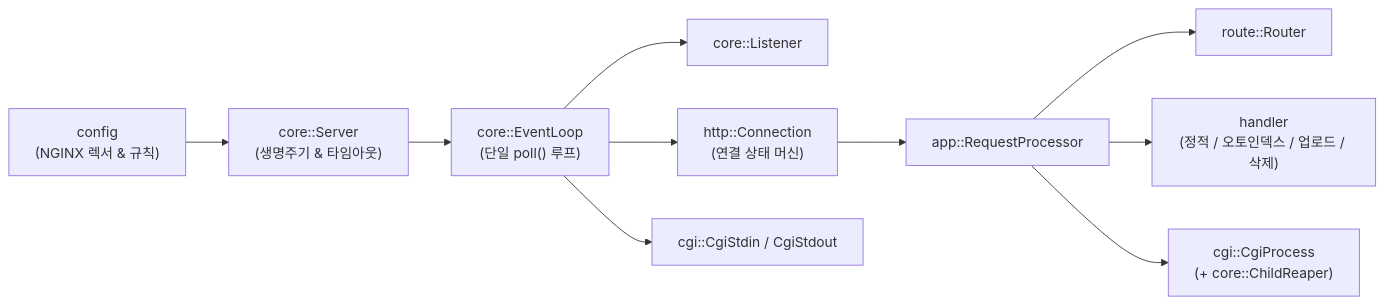
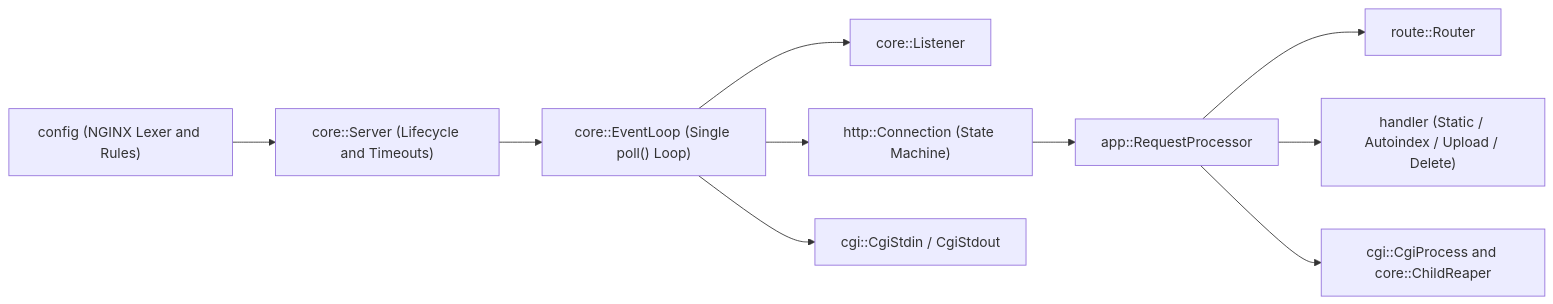
The first of 2 diagrams in profile/README.md (42GS/.github), drawn with Mermaid before and after one commit. The commit also changed other lines of this file and 1 other file, not shown here.

````diff
--- a/profile/README.md
+++ b/profile/README.md
@@ -34,12 +53,12 @@
 ```mermaid
 flowchart LR
-    Config["config<br/>(NGINX 렉서 &amp; 규칙)"] --> Server["core::Server<br/>(생명주기 &amp; 타임아웃)"]
-    Server --> Loop["core::EventLoop<br/>(단일 poll() 루프)"]
+    Config["config (NGINX Lexer and Rules)"] --> Server["core::Server (Lifecycle and Timeouts)"]
+    Server --> Loop["core::EventLoop (Single poll() Loop)"]
     Loop --> Listener["core::Listener"]
-    Loop --> Conn["http::Connection<br/>(연결 상태 머신)"]
+    Loop --> Conn["http::Connection (State Machine)"]
     Loop --> Pipes["cgi::CgiStdin / CgiStdout"]
     Conn --> Proc["app::RequestProcessor"]
     Proc --> Router["route::Router"]
-    Proc --> Handler["handler<br/>(정적 / 오토인덱스 / 업로드 / 삭제)"]
-    Proc --> CGI["cgi::CgiProcess<br/>(+ core::ChildReaper)"]
+    Proc --> Handler["handler (Static / Autoindex / Upload / Delete)"]
+    Proc --> CGI["cgi::CgiProcess and core::ChildReaper"]
 ```
````
